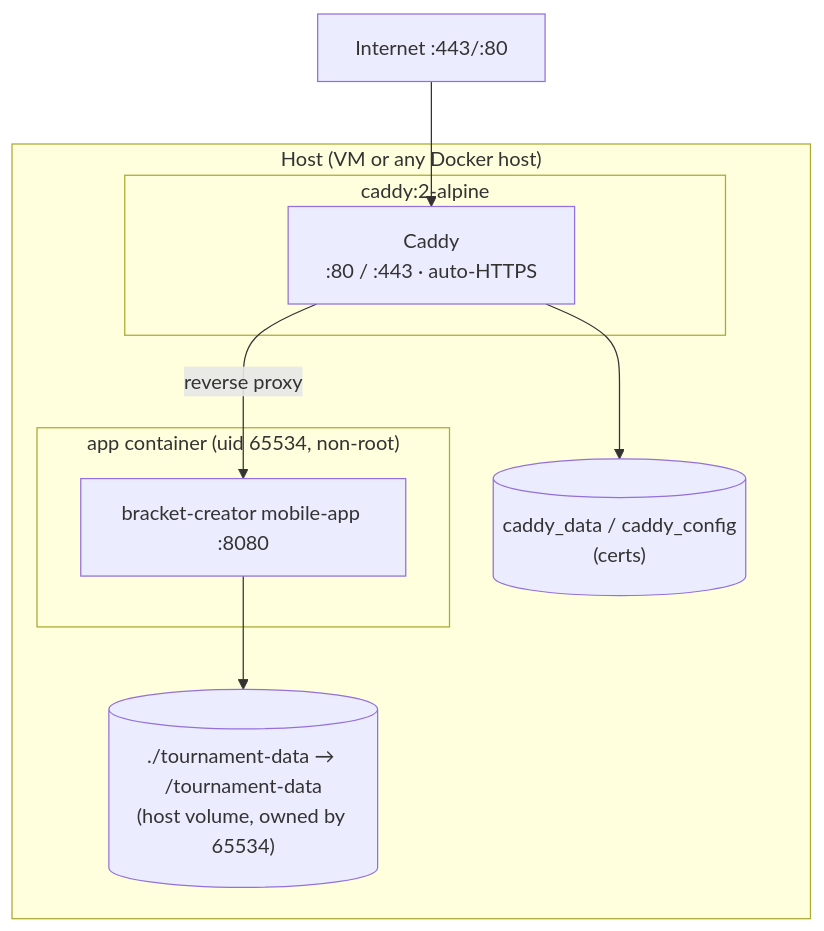
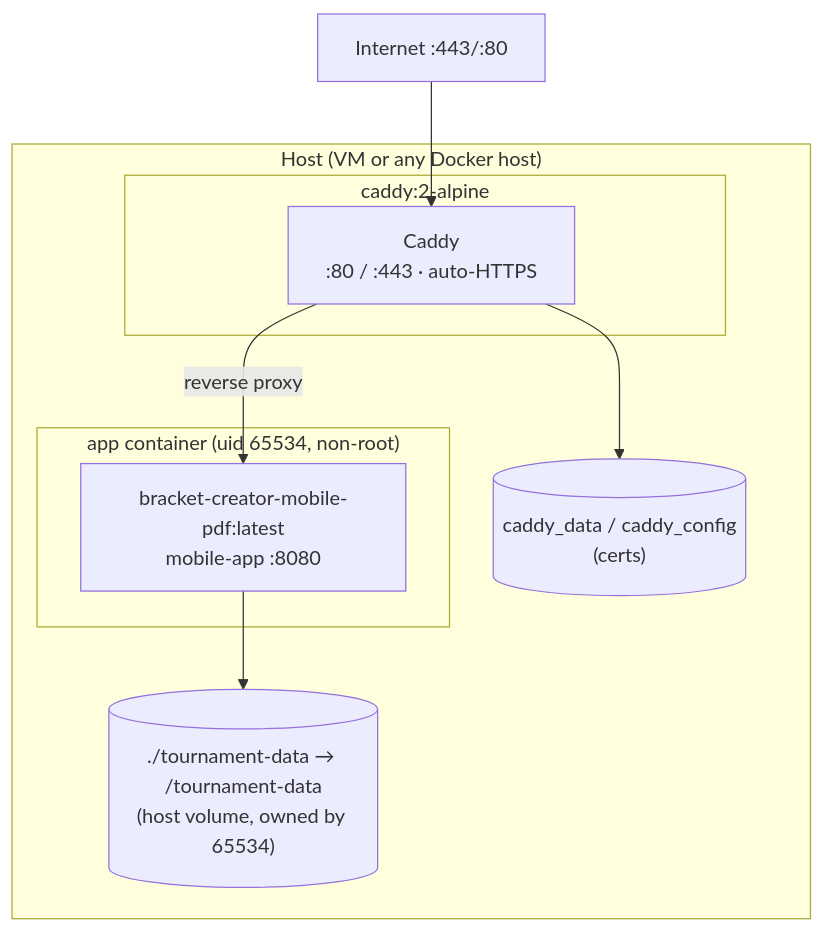
The fourth of 11 diagrams in docs/architecture/infrastructure-architecture.md (gitrgoliveira/bracket-creator), drawn with Mermaid before and after one commit. The commit also changed other lines of this file and 49 other files, not shown here.

First line of the commit message:
fix(bc-arch): one transaction for participant edits; WAL stale-log guard; architecture docs

````diff
--- a/docs/architecture/infrastructure-architecture.md
+++ b/docs/architecture/infrastructure-architecture.md
@@ -40,17 +105,17 @@
 ```mermaid
 flowchart TB
     subgraph hostbox["Host (VM or any Docker host)"]
         subgraph caddyc["caddy:2-alpine"]
             caddy["Caddy<br/>:80 / :443 · auto-HTTPS"]
         end
         subgraph appc["app container (uid 65534, non-root)"]
-            app["bracket-creator mobile-app :8080"]
+            app["bracket-creator-mobile-pdf:latest<br/>mobile-app :8080"]
         end
         vol[("./tournament-data → /tournament-data<br/>(host volume, owned by 65534)")]
         cvol[("caddy_data / caddy_config<br/>(certs)")]
     end
     inet["Internet :443/:80"] --> caddy
     caddy -->|reverse proxy| app
     app --> vol
     caddy --> cvol
 ```
````
